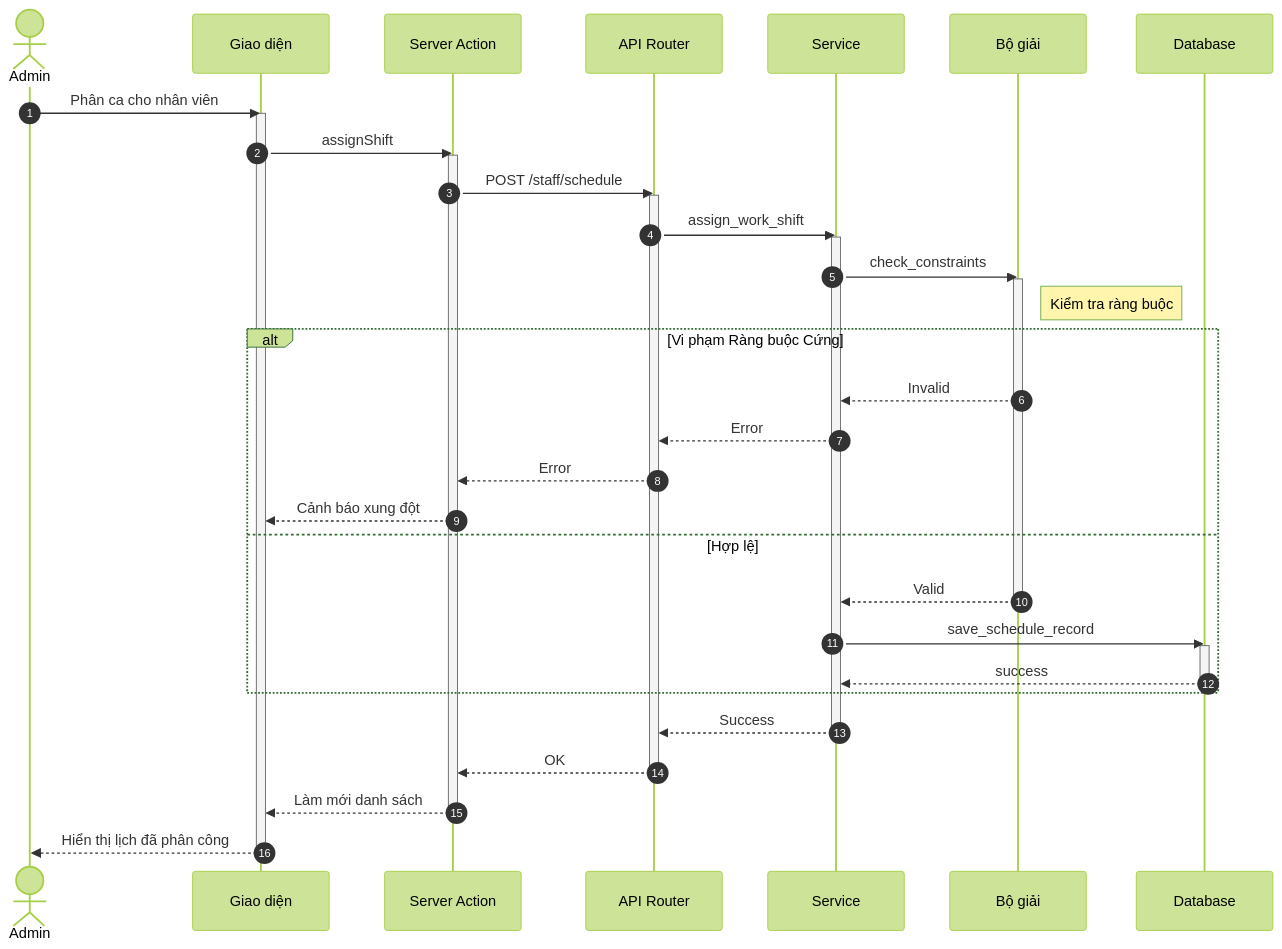
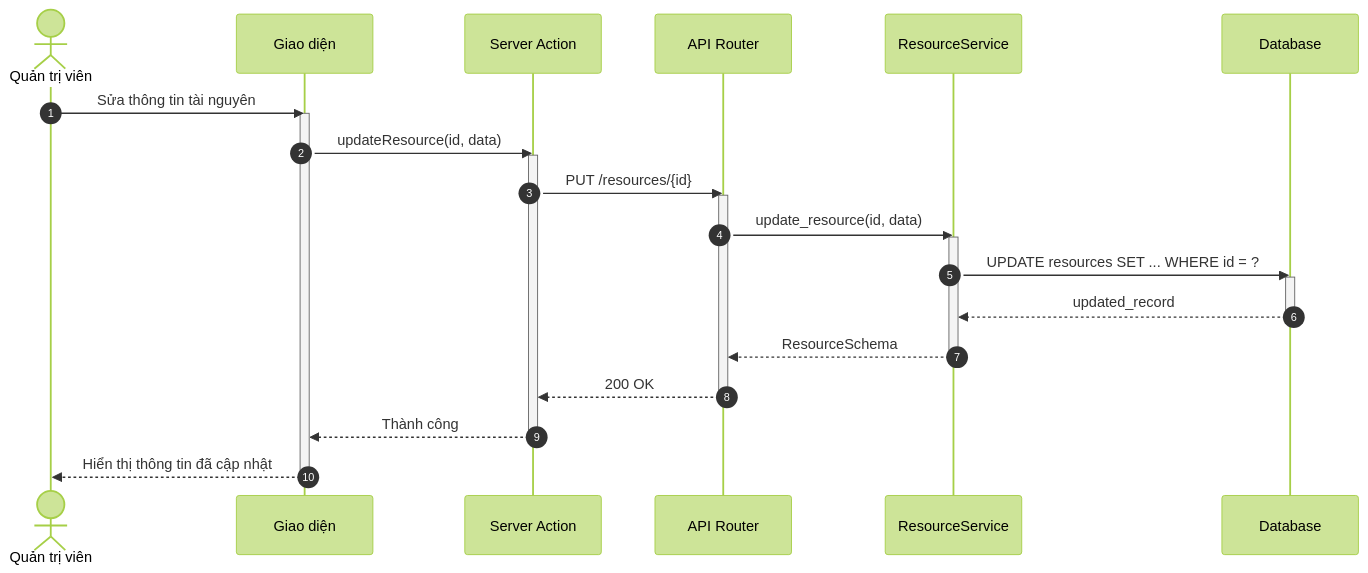
Before and after one commit to ngoctinn/Synapse: the third of 5 diagrams in docs/design/sequences/admin_flows.md, drawn with Mermaid (forest theme). The commit also changed other lines of this file and 11 other files, not shown here.

Commit message:
docs: Add initial design documentation, including architecture, UI, use cases, and detailed sequence diagrams for various user flows.

````diff
--- a/docs/design/sequences/admin_flows.md
+++ b/docs/design/sequences/admin_flows.md
@@ -112,52 +118,38 @@
 ```mermaid
 sequenceDiagram
     autonumber
-    actor AD as Admin
+    actor QTV as Quản trị viên
     participant UI as Giao diện
     participant BFF as Server Action
     participant API as API Router
-    participant S as Service
-    participant SOLVER as Bộ giải
+    participant S as ResourceService
     participant DB as Database
 
-    AD->>UI: Phân ca cho nhân viên
+    QTV->>UI: Sửa thông tin tài nguyên
     activate UI
-    UI->>BFF: assignShift
+    UI->>BFF: updateResource(id, data)
     activate BFF
 
-    BFF->>API: POST /staff/schedule
+    BFF->>API: PUT /resources/{id}
     activate API
 
-    API->>S: assign_work_shift
+    API->>S: update_resource(id, data)
     activate S
 
-    S->>SOLVER: check_constraints
-    activate SOLVER
-    note right of SOLVER: Kiểm tra ràng buộc
+    S->>DB: UPDATE resources SET ... WHERE id = ?
+    activate DB
+    DB-->>S: updated_record
+    deactivate DB
 
-    alt Vi phạm Ràng buộc Cứng
-        SOLVER-->>S: Invalid
-        S-->>API: Error
-        API-->>BFF: Error
-        BFF-->>UI: Cảnh báo xung đột
-    else Hợp lệ
-        SOLVER-->>S: Valid
-        deactivate SOLVER
-        S->>DB: save_schedule_record
-        activate DB
-        DB-->>S: success
-        deactivate DB
-    end
-
-    S-->>API: Success
+    S-->>API: ResourceSchema
     deactivate S
 
-    API-->>BFF: OK
+    API-->>BFF: 200 OK
     deactivate API
 
-    BFF-->>UI: Làm mới danh sách
+    BFF-->>UI: Thành công
     deactivate BFF
 
-    UI-->>AD: Hiển thị lịch đã phân công
+    UI-->>QTV: Hiển thị thông tin đã cập nhật
     deactivate UI
 ```
````
